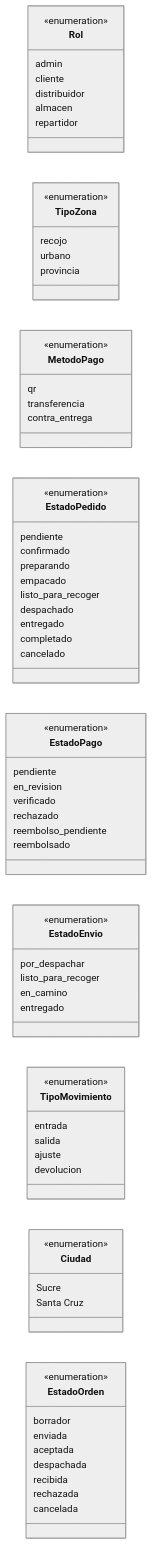
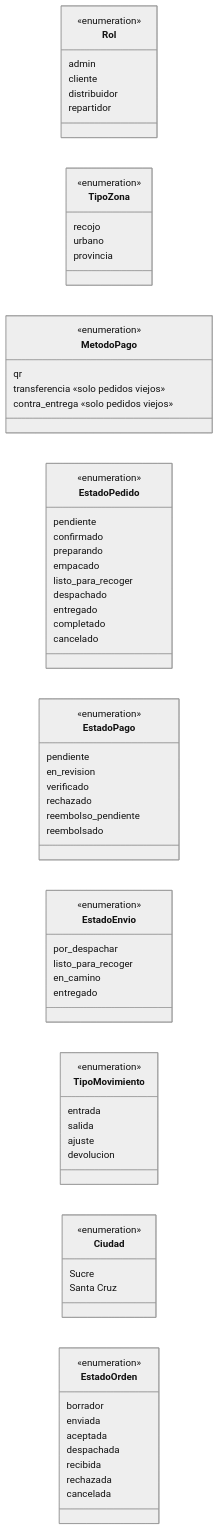
One commit to Almartinezlima/AML-AgroTech changed the third of 3 diagrams in docs/uml/clases.md. Above: the diagram before and after it, drawn with Mermaid (neutral theme). The commit also changed other lines of this file and 21 other files, not shown here.

Commit message:
docs(entrega): flujo final 9F en specs (pagos solo QR, preparación del admin, entrega, reparto externo y Telegram), casos de uso, UML, OpenAPI, arquitectura, estado y pruebas

````diff
--- a/docs/uml/clases.md
+++ b/docs/uml/clases.md
@@ -307,74 +324,73 @@
 ```mermaid
 classDiagram
   direction LR
   class Rol {
     <<enumeration>>
     admin
     cliente
     distribuidor
-    almacen
     repartidor
   }
   class TipoZona {
     <<enumeration>>
     recojo
     urbano
     provincia
   }
   class MetodoPago {
     <<enumeration>>
     qr
-    transferencia
-    contra_entrega
+    transferencia «solo pedidos viejos»
+    contra_entrega «solo pedidos viejos»
   }
   class EstadoPedido {
     <<enumeration>>
     pendiente
     confirmado
     preparando
     empacado
     listo_para_recoger
     despachado
     entregado
     completado
     cancelado
   }
   class EstadoPago {
     <<enumeration>>
     pendiente
     en_revision
     verificado
     rechazado
     reembolso_pendiente
     reembolsado
   }
   class EstadoEnvio {
     <<enumeration>>
     por_despachar
     listo_para_recoger
     en_camino
     entregado
   }
   class TipoMovimiento {
     <<enumeration>>
     entrada
     salida
     ajuste
     devolucion
   }
   class Ciudad {
     <<enumeration>>
     Sucre
     Santa Cruz
   }
   class EstadoOrden {
     <<enumeration>>
     borrador
     enviada
     aceptada
     despachada
     recibida
     rechazada
     cancelada
   }
 ```
````
